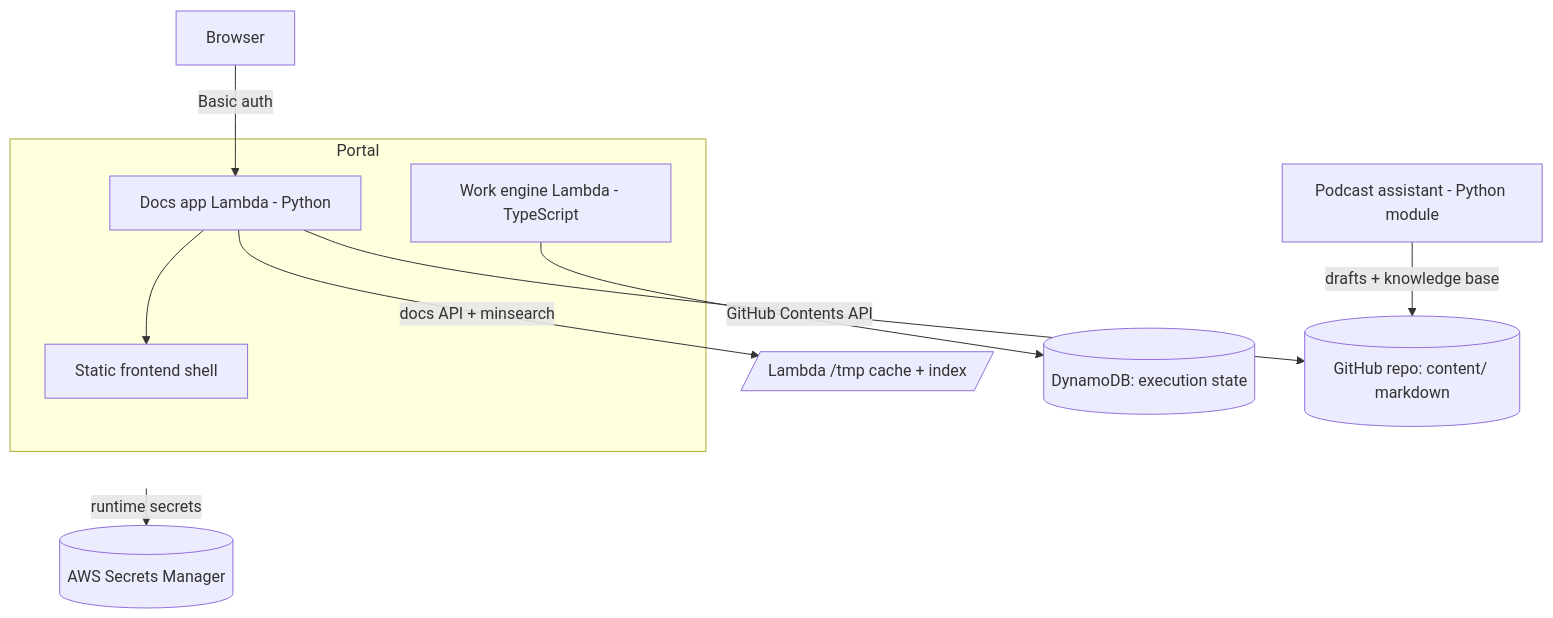
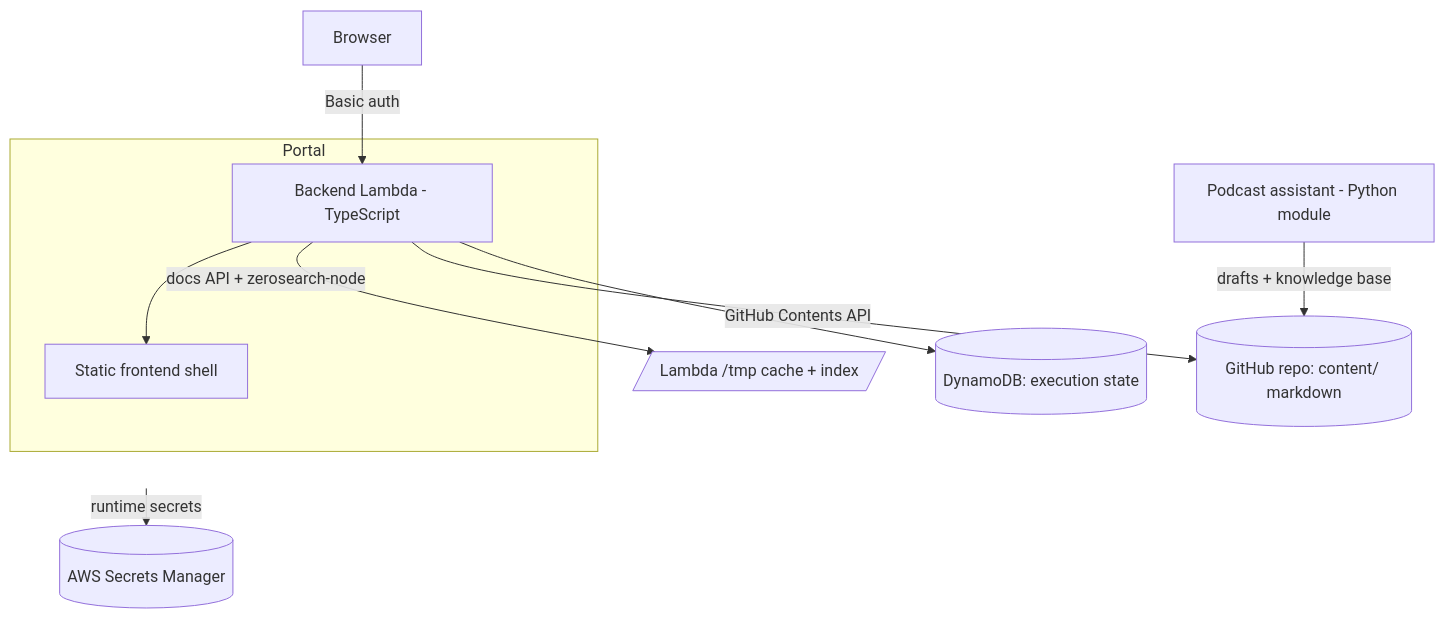
Before and after one commit to DataTalksClub/dataops: the diagram in README.md, drawn with Mermaid. The commit also changed other lines of this file and 283 other files, not shown here.

````diff
--- a/README.md
+++ b/README.md
@@ -46,24 +46,23 @@
 ```mermaid
 flowchart TB
   Browser[Browser]
 
   subgraph Portal
     Frontend[Static frontend shell]
-    DocsApp[Docs app Lambda - Python]
-    WorkEngine[Work engine Lambda - TypeScript]
+    Backend[Backend Lambda - TypeScript]
   end
 
   Podcast[Podcast assistant - Python module]
 
   GitHub[(GitHub repo: content/ markdown)]
   Dynamo[(DynamoDB: execution state)]
   Secrets[(AWS Secrets Manager)]
 
-  Browser -->|Basic auth| DocsApp
-  DocsApp --> Frontend
-  DocsApp -->|docs API + minsearch| Index[/Lambda /tmp cache + index/]
-  DocsApp -->|GitHub Contents API| GitHub
-  WorkEngine --> Dynamo
+  Browser -->|Basic auth| Backend
+  Backend --> Frontend
+  Backend -->|docs API + zerosearch-node| Index[/Lambda /tmp cache + index/]
+  Backend -->|GitHub Contents API| GitHub
+  Backend --> Dynamo
   Podcast -->|drafts + knowledge base| GitHub
   Portal -->|runtime secrets| Secrets
 ```
````
